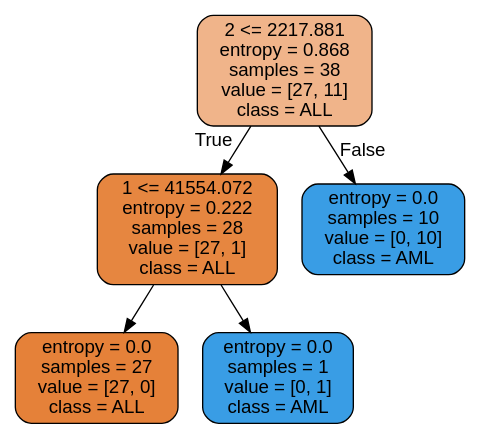
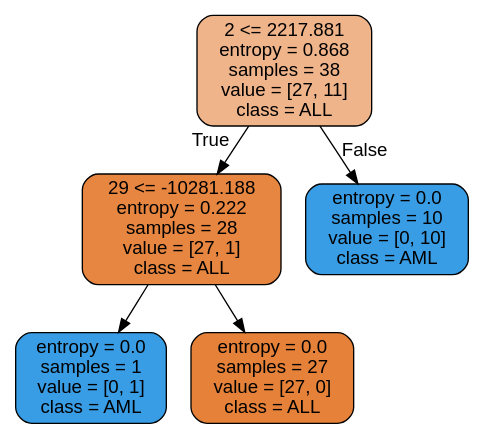
The diagram in project/images/decision_tree_entropy.dot (CornelisseMichael/Datamining), drawn with Graphviz before and after one commit. The commit also changed 7 other files, not shown here.

```diff
--- a/project/images/decision_tree_entropy.dot
+++ b/project/images/decision_tree_entropy.dot
@@ -1,13 +1,13 @@
 digraph Tree {
 node [shape=box, style="filled, rounded", color="black", fontname=helvetica] ;
 edge [fontname=helvetica] ;
 0 [label="2 <= 2217.881\nentropy = 0.868\nsamples = 38\nvalue = [27, 11]\nclass = ALL", fillcolor="#f0b48a"] ;
-1 [label="1 <= 41554.072\nentropy = 0.222\nsamples = 28\nvalue = [27, 1]\nclass = ALL", fillcolor="#e68640"] ;
+1 [label="29 <= -10281.188\nentropy = 0.222\nsamples = 28\nvalue = [27, 1]\nclass = ALL", fillcolor="#e68640"] ;
 0 -> 1 [labeldistance=2.5, labelangle=45, headlabel="True"] ;
-2 [label="entropy = 0.0\nsamples = 27\nvalue = [27, 0]\nclass = ALL", fillcolor="#e58139"] ;
+2 [label="entropy = 0.0\nsamples = 1\nvalue = [0, 1]\nclass = AML", fillcolor="#399de5"] ;
 1 -> 2 ;
-3 [label="entropy = 0.0\nsamples = 1\nvalue = [0, 1]\nclass = AML", fillcolor="#399de5"] ;
+3 [label="entropy = 0.0\nsamples = 27\nvalue = [27, 0]\nclass = ALL", fillcolor="#e58139"] ;
 1 -> 3 ;
 4 [label="entropy = 0.0\nsamples = 10\nvalue = [0, 10]\nclass = AML", fillcolor="#399de5"] ;
 0 -> 4 [labeldistance=2.5, labelangle=-45, headlabel="False"] ;
 }
```
